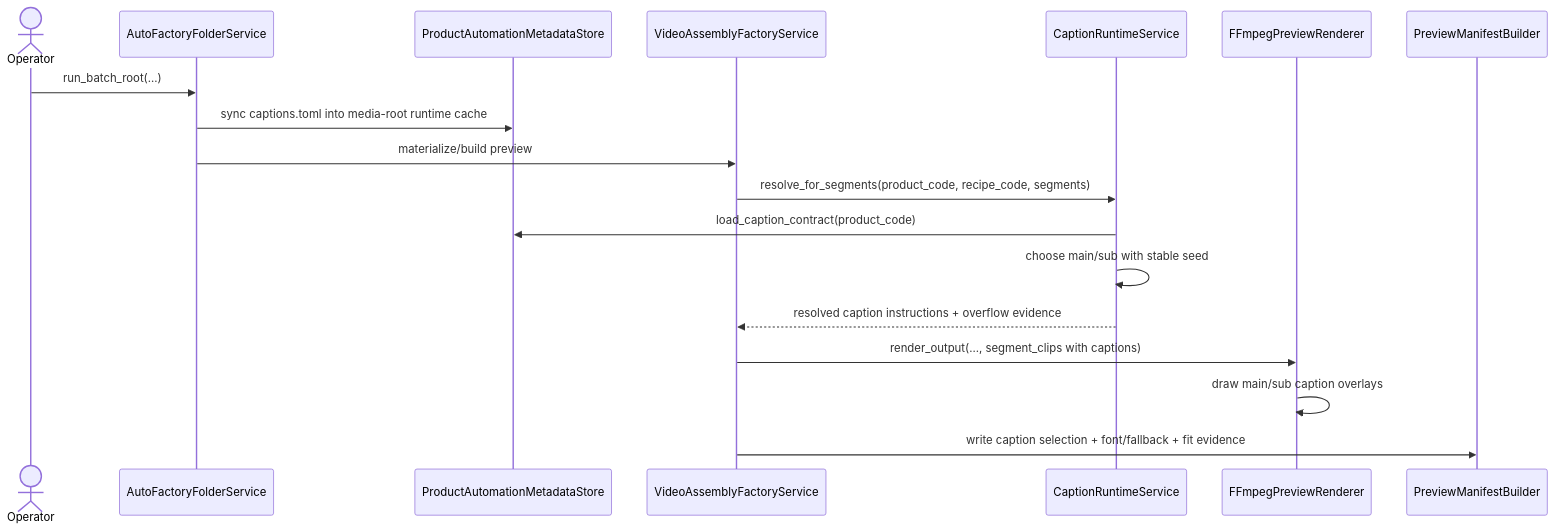
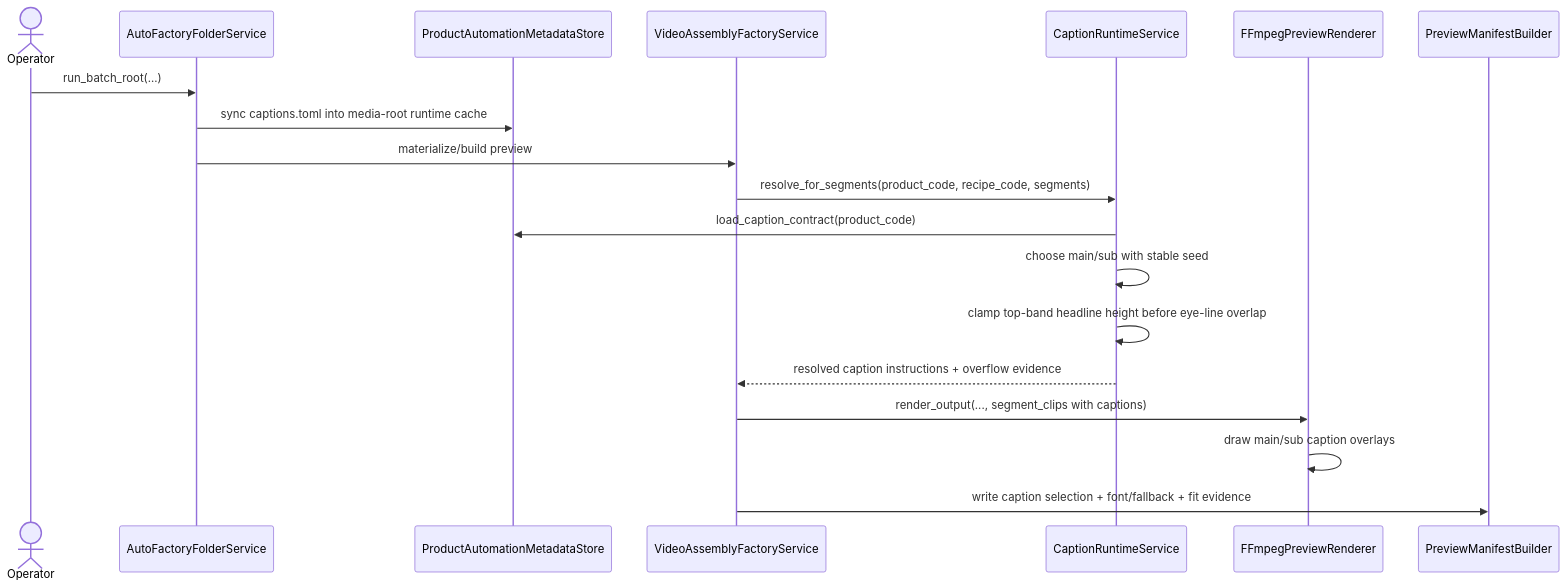
One commit to idev006/MTClipFactory changed diagram 27 of 35 in doc/10_UML_System_Overview.md. Above: the diagram before and after it, drawn with Mermaid. The commit also changed other lines of this file and 19 other files, not shown here.

Commit message:
Clamp top-band captions and fix control-surface truth

````diff
--- a/doc/10_UML_System_Overview.md
+++ b/doc/10_UML_System_Overview.md
@@ -1239,21 +1232,22 @@
 ```mermaid
 sequenceDiagram
     actor Operator
     participant FolderSvc as AutoFactoryFolderService
     participant Meta as ProductAutomationMetadataStore
     participant Factory as VideoAssemblyFactoryService
     participant Caption as CaptionRuntimeService
     participant Render as FFmpegPreviewRenderer
     participant Manifest as PreviewManifestBuilder
 
     Operator->>FolderSvc: run_batch_root(...)
     FolderSvc->>Meta: sync captions.toml into media-root runtime cache
     FolderSvc->>Factory: materialize/build preview
     Factory->>Caption: resolve_for_segments(product_code, recipe_code, segments)
     Caption->>Meta: load_caption_contract(product_code)
     Caption->>Caption: choose main/sub with stable seed
+    Caption->>Caption: clamp top-band headline height before eye-line overlap
     Caption-->>Factory: resolved caption instructions + overflow evidence
     Factory->>Render: render_output(..., segment_clips with captions)
     Render->>Render: draw main/sub caption overlays
     Factory->>Manifest: write caption selection + font/fallback + fit evidence
 ```
````
